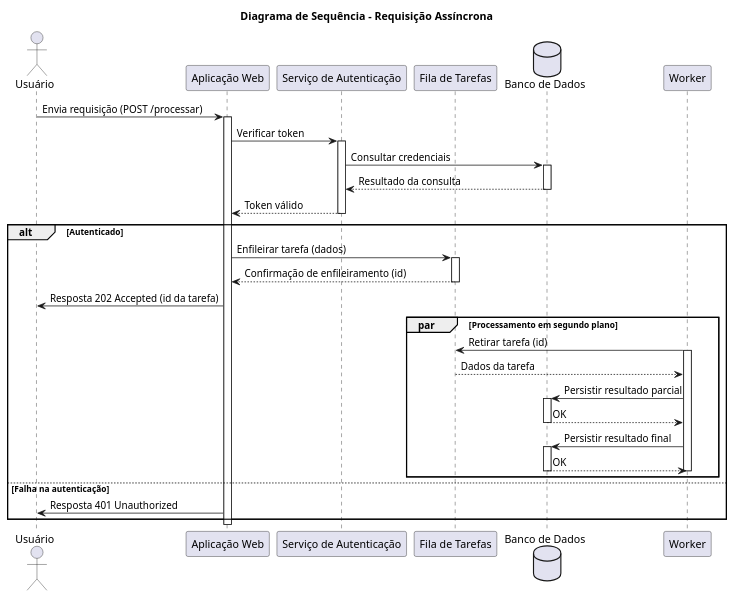
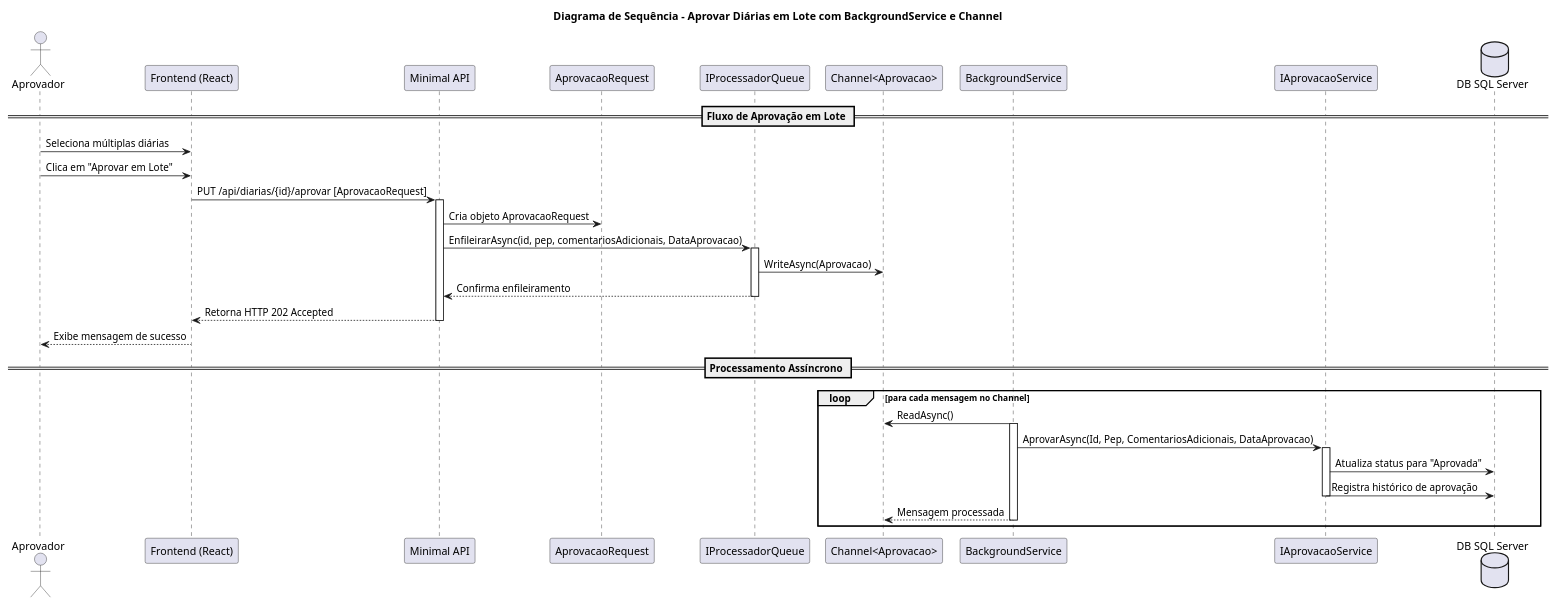
One commit to samoryfiotec/Fiotec.ProcessadorAssincrono changed the diagram in docs/C4/Sequence.puml. Above: the diagram before and after it, drawn with PlantUML. The commit also changed other lines of this file and 3 other files, not shown here.

Commit message:
Adiciona diagramas de arquitetura e corpo da requisição de aprovação ao README e documentação

```diff
--- a/docs/C4/Sequence.puml
+++ b/docs/C4/Sequence.puml
@@ -2,53 +1,44 @@
-@startuml AprovacaoSequence
-title Diagrama de Sequência - Requisição Assíncrona
+@startuml AprovarDiariasLote
+title Diagrama de Sequência - Aprovar Diárias em Lote com BackgroundService e Channel
 
-actor Usuário
-participant "Aplicação Web" as WebApp
-participant "Serviço de Autenticação" as Auth
-participant "Fila de Tarefas" as Queue
-database "Banco de Dados" as DB
-participant "Worker" as Worker
+actor "Aprovador" as approver
+participant "Frontend (React)" as fe
+participant "Minimal API" as api
+participant "AprovacaoRequest" as dto
+participant "IProcessadorQueue" as queue
+participant "Channel<Aprovacao>" as channel
+participant "BackgroundService" as worker
+participant "IAprovacaoService" as service
+database "DB SQL Server" as db
 
-Usuário -> WebApp : Envia requisição (POST /processar)
-activate WebApp
+== Fluxo de Aprovação em Lote ==
+approver -> fe: Seleciona múltiplas diárias
+approver -> fe: Clica em "Aprovar em Lote"
+fe -> api: PUT /api/diarias/{id}/aprovar [AprovacaoRequest]
+activate api
 
-WebApp -> Auth : Verificar token
-activate Auth
-Auth -> DB : Consultar credenciais
-activate DB
-DB --> Auth : Resultado da consulta
-deactivate DB
-Auth --> WebApp : Token válido
-deactivate Auth
+api -> dto: Cria objeto AprovacaoRequest
+api -> queue: EnfileirarAsync(id, pep, comentariosAdicionais, DataAprovacao)
+activate queue
+queue -> channel: WriteAsync(Aprovacao)
+queue --> api: Confirma enfileiramento
+deactivate queue
 
-alt Autenticado
-    WebApp -> Queue : Enfileirar tarefa (dados)
-    activate Queue
-    Queue --> WebApp : Confirmação de enfileiramento (id)
-    deactivate Queue
+api --> fe: Retorna HTTP 202 Accepted
+deactivate api
+fe --> approver: Exibe mensagem de sucesso
 
-    WebApp -> Usuário : Resposta 202 Accepted (id da tarefa)
-
-    par Processamento em segundo plano
-        Worker -> Queue : Retirar tarefa (id)
-        activate Worker
-        Queue --> Worker : Dados da tarefa
-        deactivate Queue
-
-        Worker -> DB : Persistir resultado parcial
-        activate DB
-        DB --> Worker : OK
-        deactivate DB
-
-        Worker -> DB : Persistir resultado final
-        activate DB
-        DB --> Worker : OK
-        deactivate DB
-        deactivate Worker
-    end
-else Falha na autenticação
-    WebApp -> Usuário : Resposta 401 Unauthorized
+== Processamento Assíncrono ==
+loop para cada mensagem no Channel
+    worker -> channel: ReadAsync()
+    activate worker
+    worker -> service: AprovarAsync(Id, Pep, ComentariosAdicionais, DataAprovacao)
+    activate service
+    service -> db: Atualiza status para "Aprovada"
+    service -> db: Registra histórico de aprovação
+    deactivate service
+    worker --> channel: Mensagem processada
+    deactivate worker
 end
 
-deactivate WebApp
 @enduml
```
